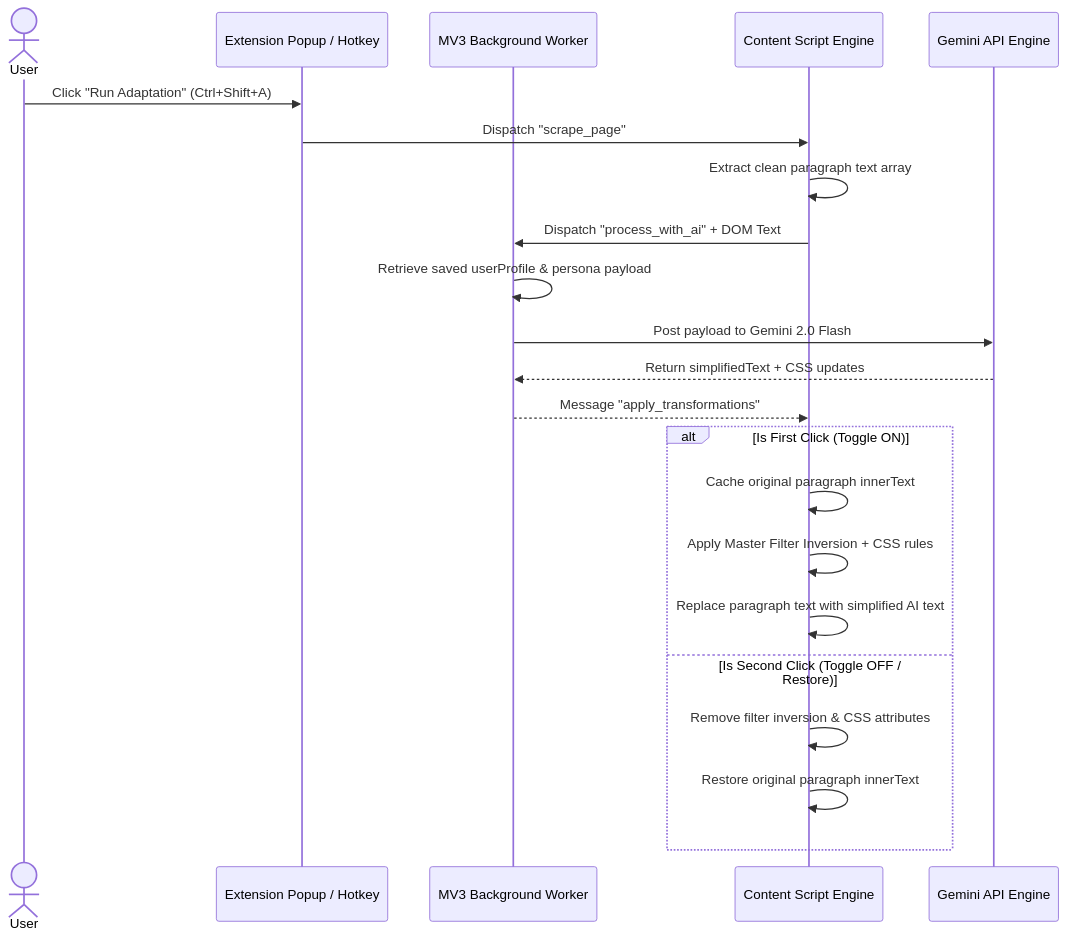
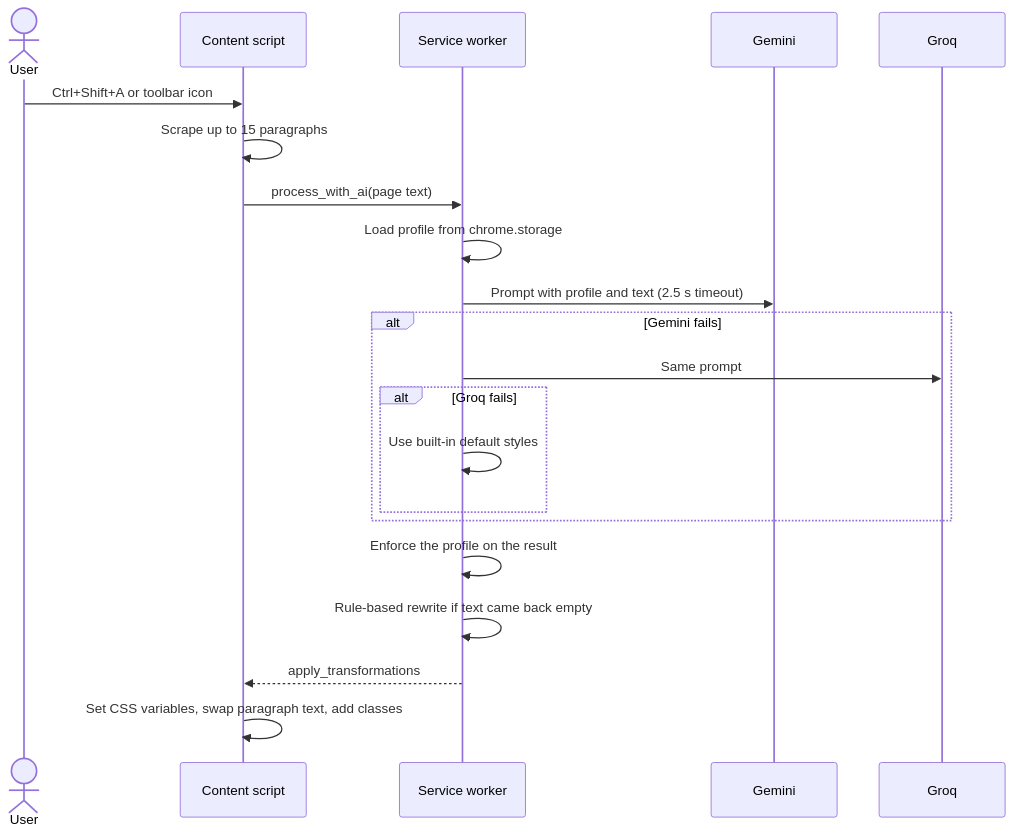
Before and after one commit to ArrinPaul/AdaptAI: the diagram in README.md, drawn with Mermaid. The commit also changed other lines of this file and 4 other files, not shown here.

````diff
--- a/README.md
+++ b/README.md
@@ -72,26 +101,23 @@
 ```mermaid
 sequenceDiagram
-    actor User
-    participant Popup as Extension Popup / Hotkey
-    participant BG as MV3 Background Worker
-    participant Content as Content Script Engine
-    participant AI as Gemini API Engine
-
-    User->>Popup: Click "Run Adaptation" (Ctrl+Shift+A)
-    Popup->>Content: Dispatch "scrape_page"
-    Content->>Content: Extract clean paragraph text array
-    Content->>BG: Dispatch "process_with_ai" + DOM Text
-    BG->>BG: Retrieve saved userProfile & persona payload
-    BG->>AI: Post payload to Gemini 2.0 Flash
-    AI-->>BG: Return simplifiedText + CSS updates
-    BG-->>Content: Message "apply_transformations"
-    
-    alt Is First Click (Toggle ON)
-        Content->>Content: Cache original paragraph innerText
-        Content->>Content: Apply Master Filter Inversion + CSS rules
-        Content->>Content: Replace paragraph text with simplified AI text
-    else Is Second Click (Toggle OFF / Restore)
-        Content->>Content: Remove filter inversion & CSS attributes
-        Content->>Content: Restore original paragraph innerText
+    actor U as User
+    participant C as Content script
+    participant B as Service worker
+    participant G as Gemini
+    participant Q as Groq
+    U->>C: Ctrl+Shift+A or toolbar icon
+    C->>C: Scrape up to 15 paragraphs
+    C->>B: process_with_ai(page text)
+    B->>B: Load profile from chrome.storage
+    B->>G: Prompt with profile and text (2.5 s timeout)
+    alt Gemini fails
+        B->>Q: Same prompt
+        alt Groq fails
+            B->>B: Use built-in default styles
+        end
     end
+    B->>B: Enforce the profile on the result
+    B->>B: Rule-based rewrite if text came back empty
+    B-->>C: apply_transformations
+    C->>C: Set CSS variables, swap paragraph text, add classes
 ```
````
